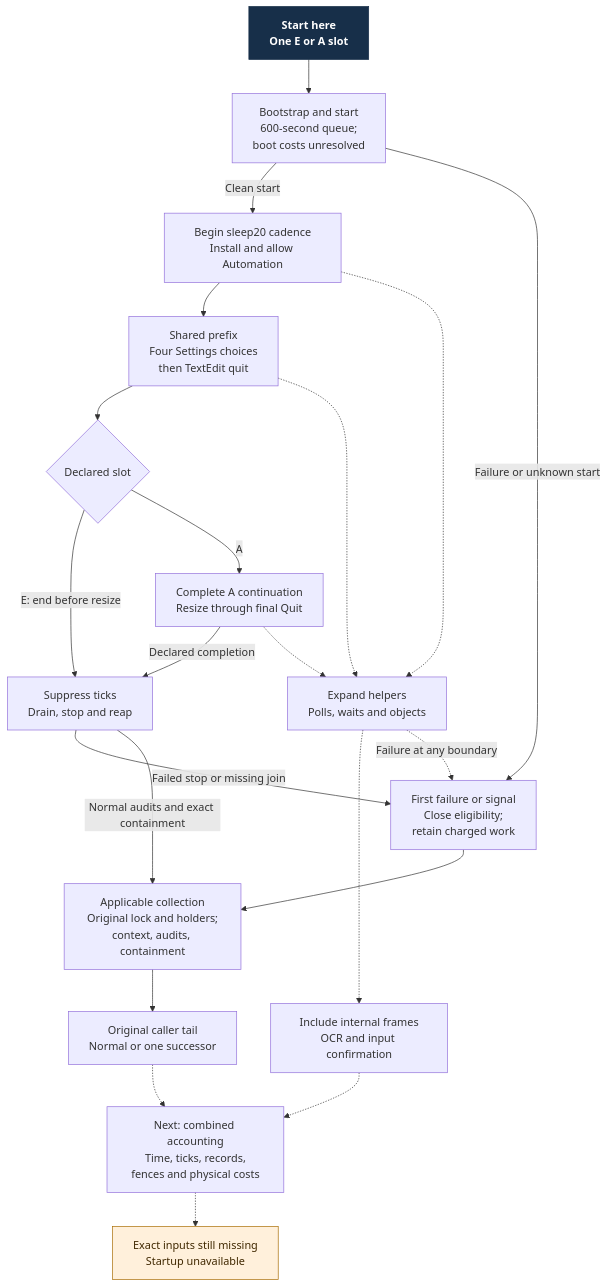
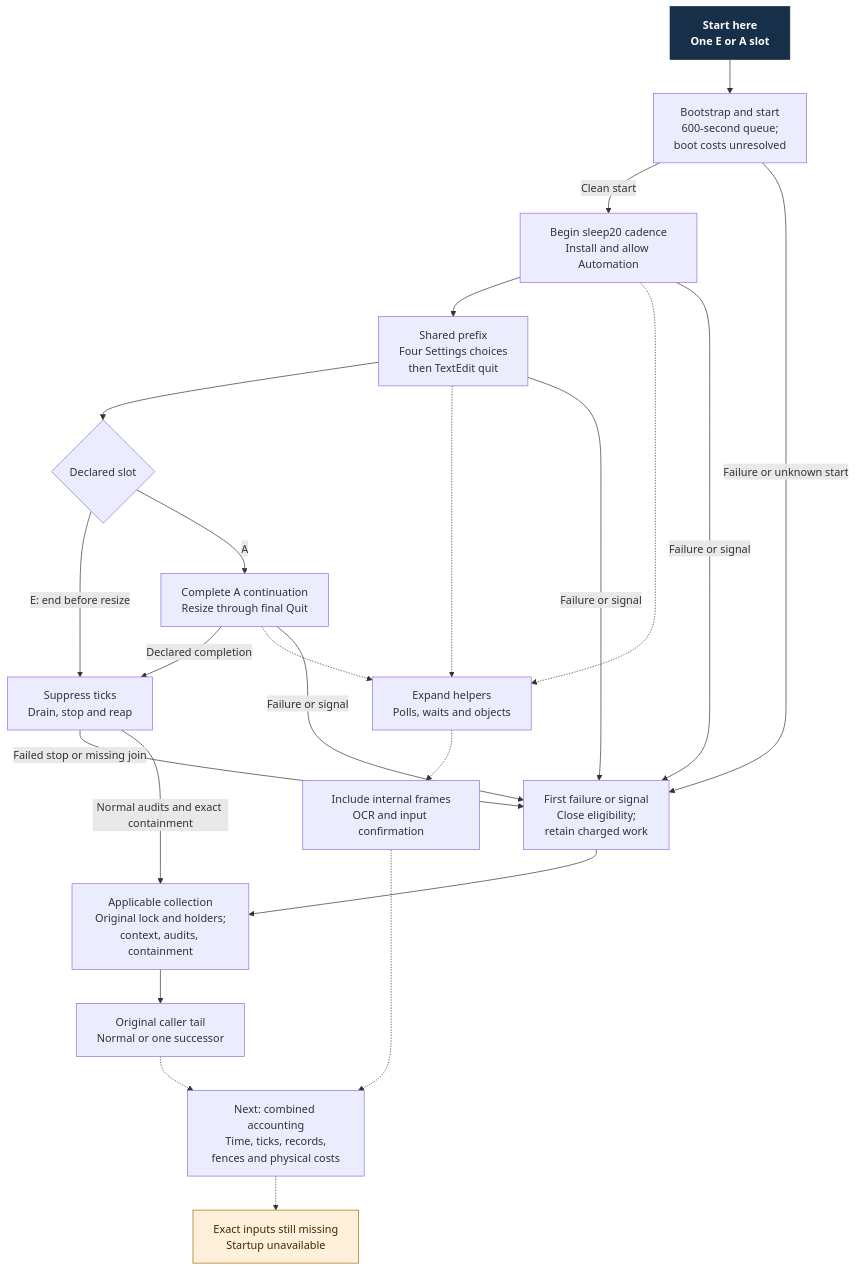
The diagram in docs/design/architecture/settings-activation/keepalive-workload.mmd (Linkuistics/Koine), drawn with Mermaid before and after one commit. The commit also changed 6 other files, not shown here.

```diff
--- a/docs/design/architecture/settings-activation/keepalive-workload.mmd
+++ b/docs/design/architecture/settings-activation/keepalive-workload.mmd
@@ -1,37 +1,39 @@
 flowchart TD
   start["Start here<br/>One E or A slot"]:::start
   boot["Bootstrap and start<br/>600-second queue;<br/>boot costs unresolved"]
   prep["Begin sleep20 cadence<br/>Install and allow Automation"]
   prefix["Shared prefix<br/>Four Settings choices<br/>then TextEdit quit"]
   kind{"Declared slot"}
   ordinary["Complete A continuation<br/>Resize through final Quit"]
   expand["Expand helpers<br/>Polls, waits and objects"]
   internal["Include internal frames<br/>OCR and input confirmation"]
   stop["Suppress ticks<br/>Drain, stop and reap"]
   failure["First failure or signal<br/>Close eligibility;<br/>retain charged work"]
   collect["Applicable collection<br/>Original lock and holders;<br/>context, audits, containment"]
   tail["Original caller tail<br/>Normal or one successor"]
   proof["Next: combined accounting<br/>Time, ticks, records,<br/>fences and physical costs"]
   missing["Exact inputs still missing<br/>Startup unavailable"]:::held
   start --> boot
   boot -->|"Clean start"| prep
   prep --> prefix
   prefix --> kind
   kind -->|"E: end before resize"| stop
   kind -->|"A"| ordinary
   ordinary -->|"Declared completion"| stop
   prep -.-> expand
   prefix -.-> expand
   ordinary -.-> expand
   expand -.-> internal
   internal -.-> proof
   boot -->|"Failure or unknown start"| failure
-  expand -.->|"Failure at any boundary"| failure
+  prep -->|"Failure or signal"| failure
+  prefix -->|"Failure or signal"| failure
+  ordinary -->|"Failure or signal"| failure
   stop -->|"Failed stop or missing join"| failure
   failure --> collect
   stop -->|"Normal audits and exact containment"| collect
   collect --> tail
   tail -.-> proof
   proof -.-> missing
   classDef start fill:#172f49,color:#fff,stroke:#172f49,font-weight:bold
   classDef held fill:#fff0db,color:#402800,stroke:#a76b00
```
